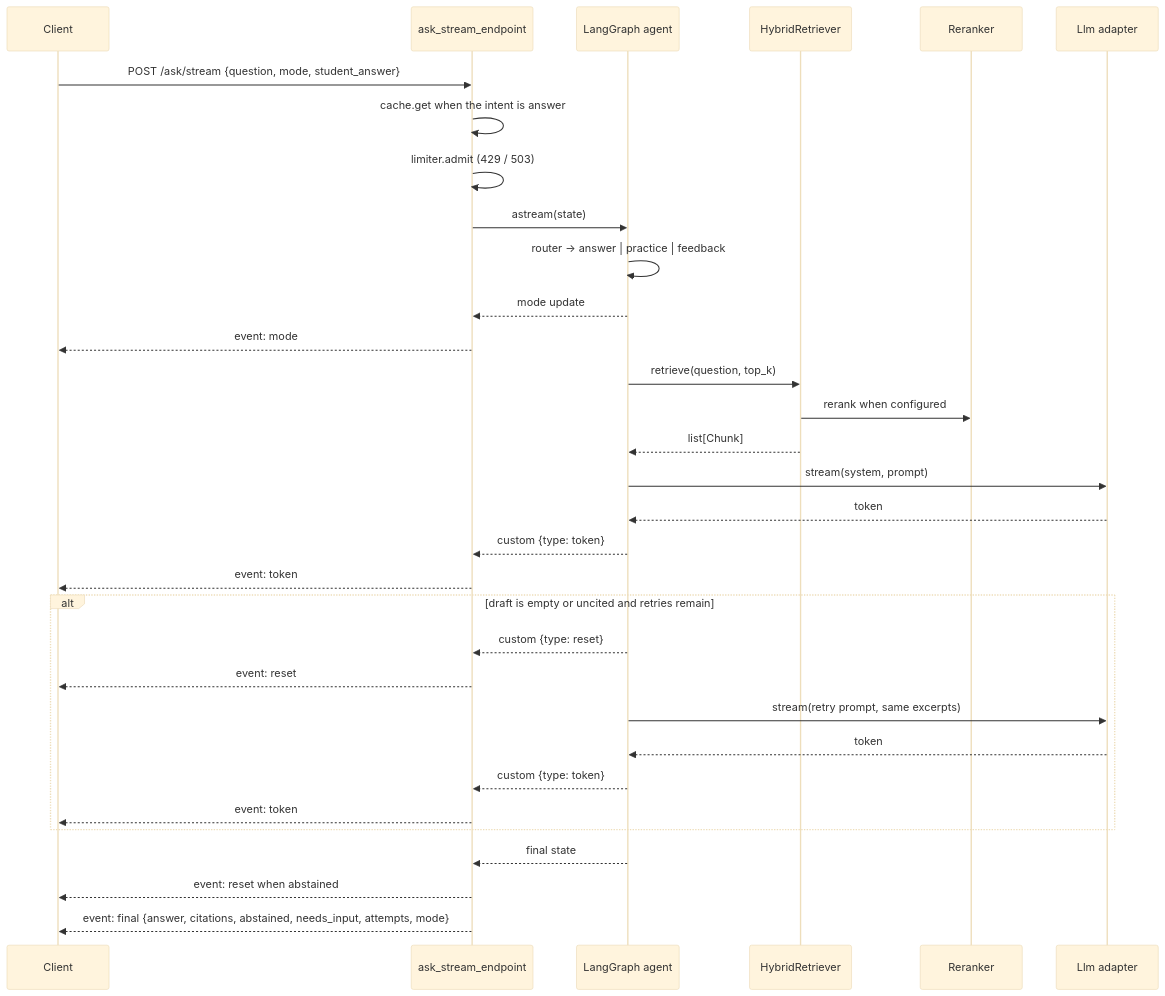
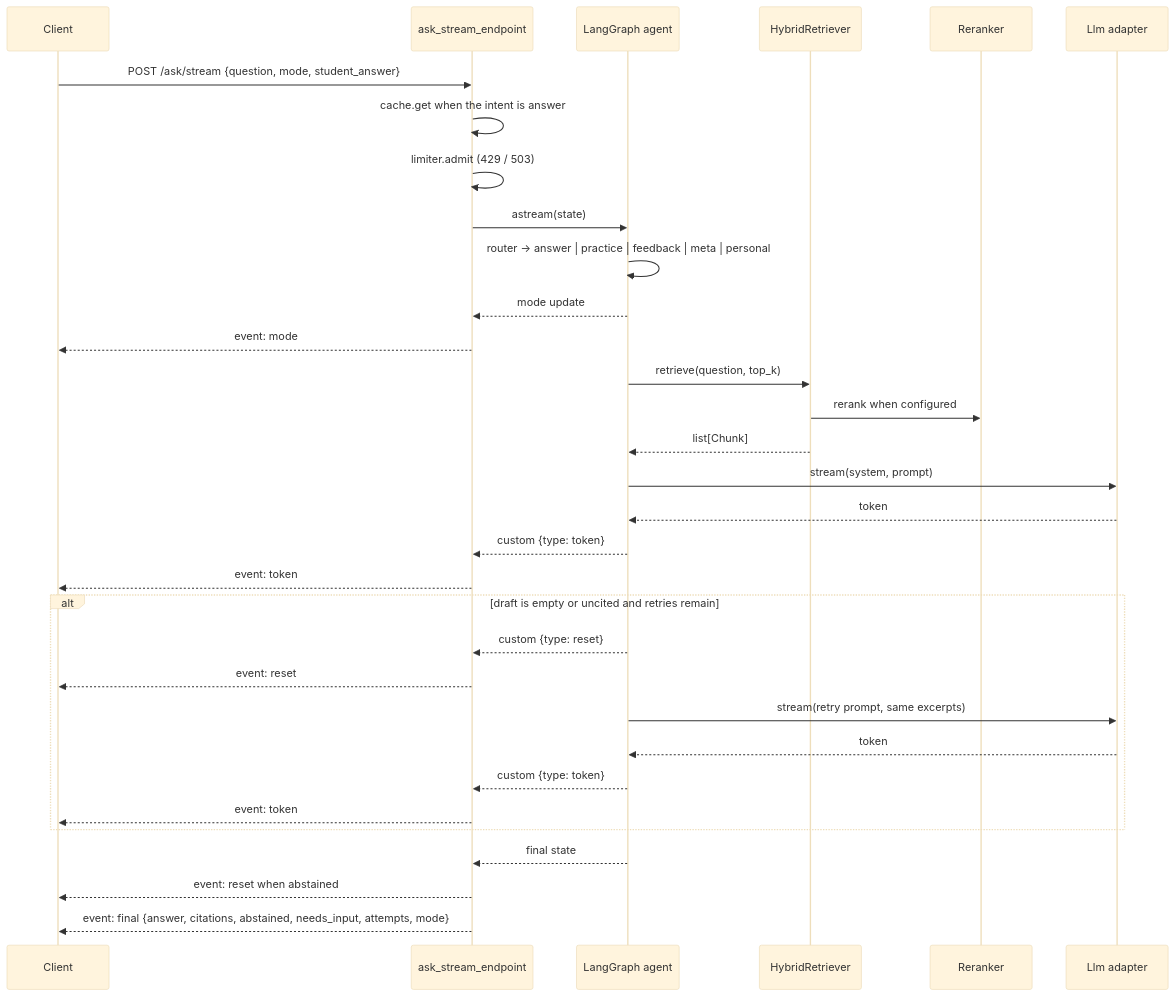
The fifth of 6 diagrams in docs/architecture.md (monitus2022/owl-online), drawn with Mermaid (base theme) before and after one commit. The commit also changed other lines of this file and 13 other files, not shown here.

````diff
--- a/docs/architecture.md
+++ b/docs/architecture.md
@@ -296,35 +295,35 @@
 ```mermaid
 sequenceDiagram
   participant C as Client
   participant API as ask_stream_endpoint
   participant G as LangGraph agent
   participant R as HybridRetriever
   participant RR as Reranker
   participant LLM as Llm adapter
 
   C->>API: POST /ask/stream {question, mode, student_answer}
   API->>API: cache.get when the intent is answer
   API->>API: limiter.admit (429 / 503)
   API->>G: astream(state)
-  G->>G: router -> answer | practice | feedback
+  G->>G: router -> answer | practice | feedback | meta | personal
   G-->>API: mode update
   API-->>C: event: mode
   G->>R: retrieve(question, top_k)
   R->>RR: rerank when configured
   R-->>G: list[Chunk]
   G->>LLM: stream(system, prompt)
   LLM-->>G: token
   G-->>API: custom {type: token}
   API-->>C: event: token
   alt draft is empty or uncited and retries remain
     G-->>API: custom {type: reset}
     API-->>C: event: reset
     G->>LLM: stream(retry prompt, same excerpts)
     LLM-->>G: token
     G-->>API: custom {type: token}
     API-->>C: event: token
   end
   G-->>API: final state
   API-->>C: event: reset when abstained
   API-->>C: event: final {answer, citations, abstained, needs_input, attempts, mode}
 ```
````
